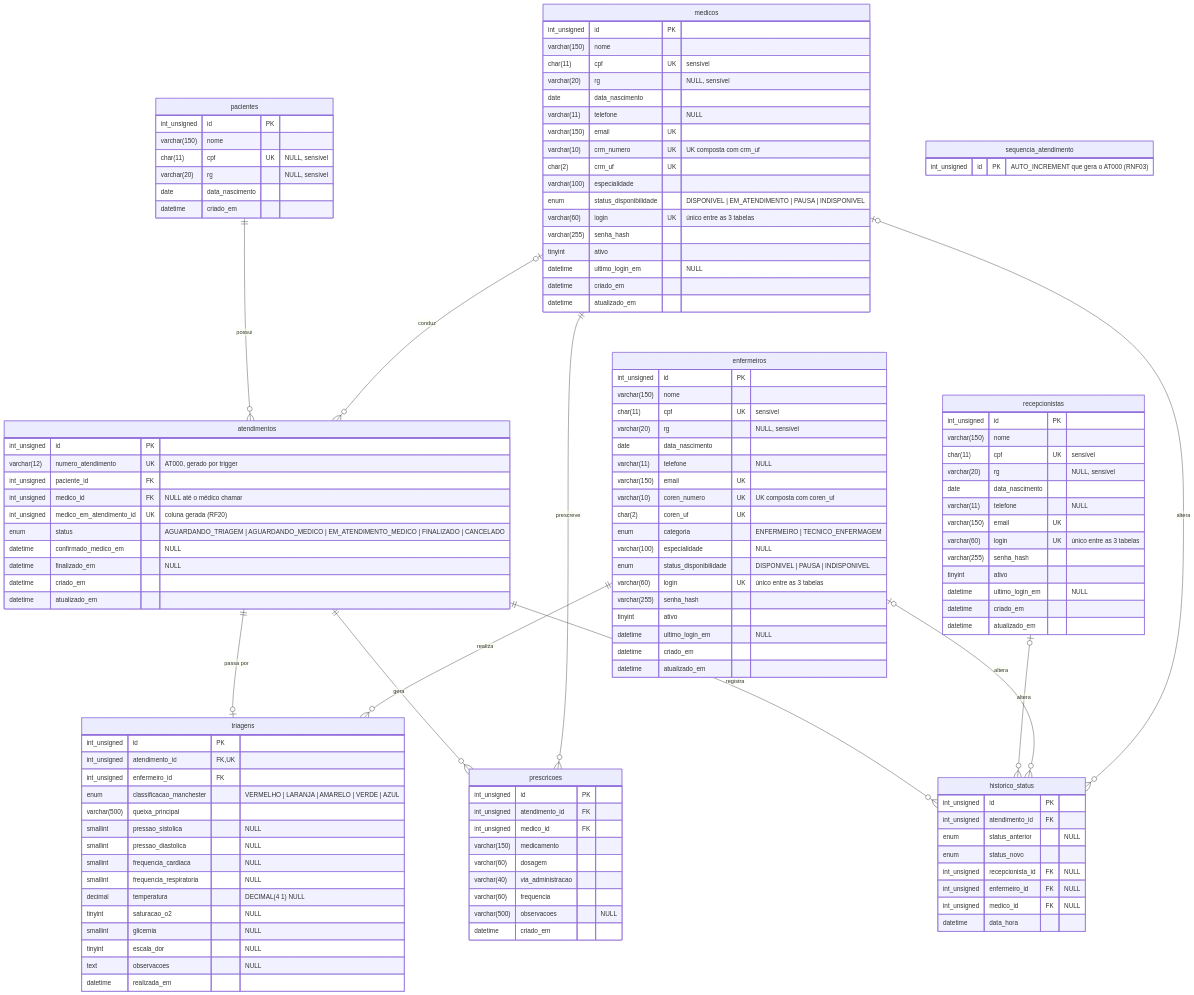
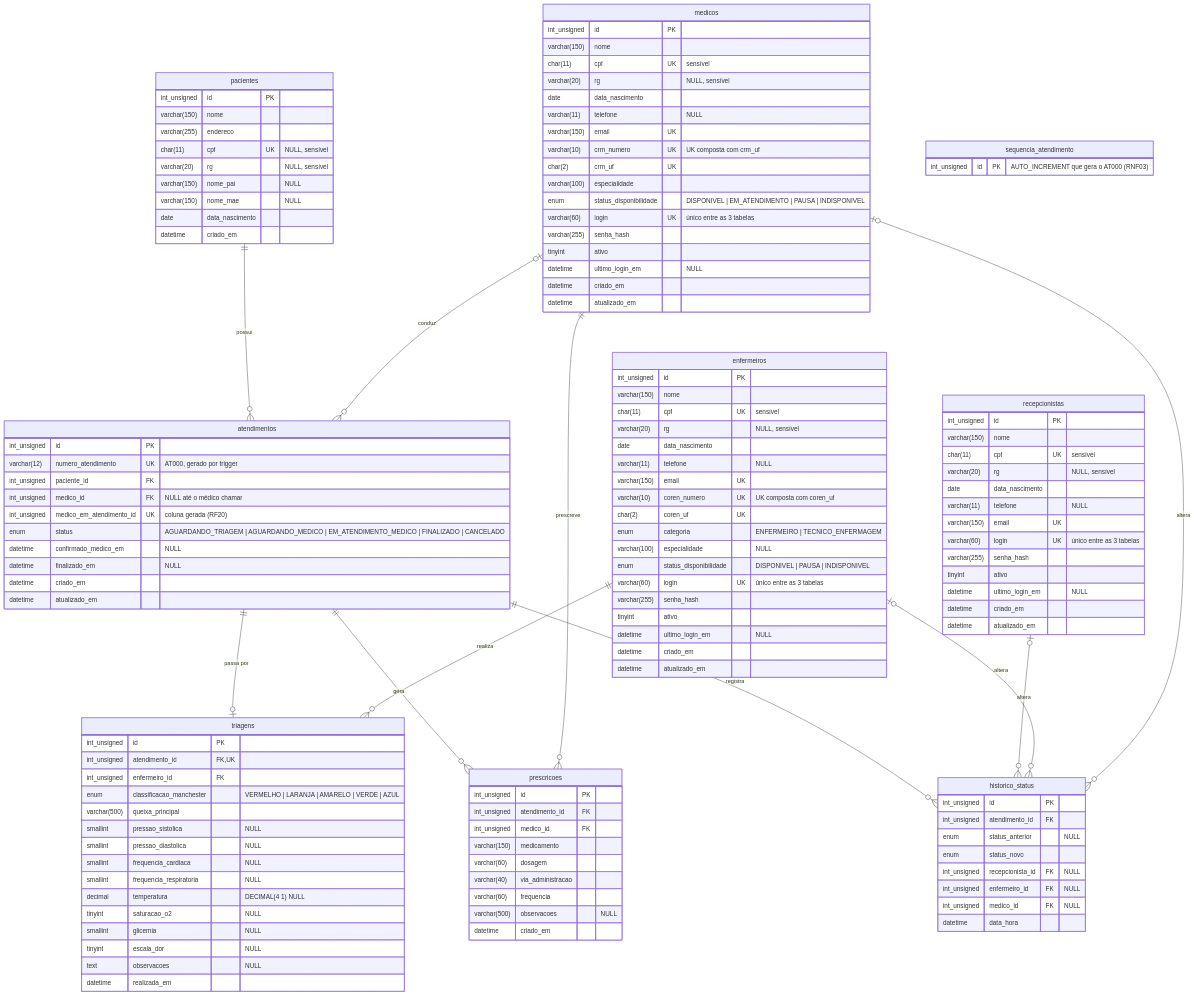
Before and after one commit to bandin01/Sistema-de-Atendimento-de-Pronto-Socorro: the diagram in docs/DER.md, drawn with Mermaid. The commit also changed 5 other files, not shown here.

```diff
--- a/docs/DER.md
+++ b/docs/DER.md
@@ -81,8 +81,11 @@
   pacientes {
     int_unsigned id PK
     varchar(150) nome
+    varchar(255) endereco
     char(11) cpf UK "NULL, sensível"
     varchar(20) rg "NULL, sensível"
+    varchar(150) nome_pai "NULL"
+    varchar(150) nome_mae "NULL"
     date data_nascimento
     datetime criado_em
   }
```
